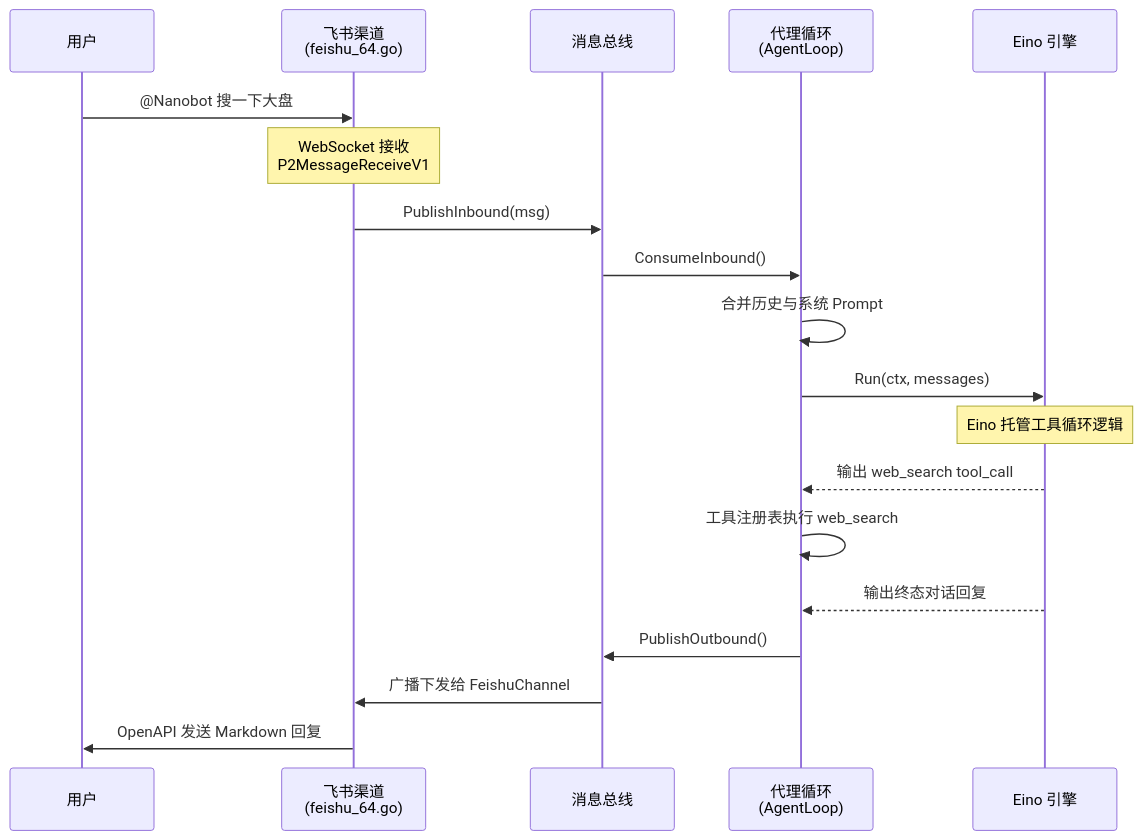
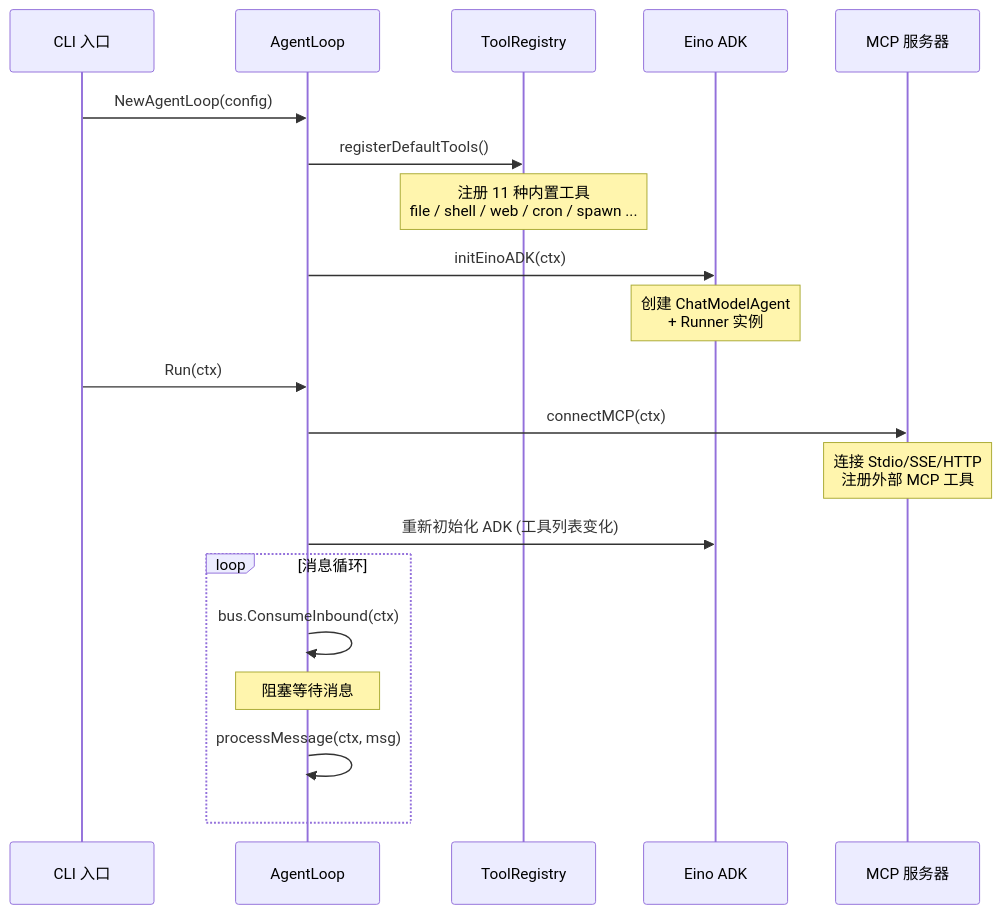
Before and after one commit to yangkun19921001/PP-Claw: the third of 12 diagrams in docs/开源轻量级_OpenClaw_Golang_解决方案，任何设备都可部署.md, drawn with Mermaid. The commit also changed other lines of this file and 41 other files, not shown here.

````diff
--- a/docs/开源轻量级_OpenClaw_Golang_解决方案，任何设备都可部署.md
+++ b/docs/开源轻量级_OpenClaw_Golang_解决方案，任何设备都可部署.md
@@ -60,26 +215,23 @@
 ```mermaid
 sequenceDiagram
-    participant U as 用户
-    participant CH as 飞书渠道<br/>(feishu_64.go)
-    participant BUS as 消息总线
-    participant AL as 代理循环<br/>(AgentLoop)
-    participant EINO as Eino 引擎
+    participant CLI as CLI 入口
+    participant AL as AgentLoop
+    participant REG as ToolRegistry
+    participant EINO as Eino ADK
+    participant MCP as MCP 服务器
 
-    U->>CH: @Nanobot 搜一下大盘
-    Note over CH: WebSocket 接收<br/>P2MessageReceiveV1
-    CH->>BUS: PublishInbound(msg)
-    
-    BUS->>AL: ConsumeInbound()
-    AL->>AL: 合并历史与系统 Prompt
-    
-    AL->>EINO: Run(ctx, messages)
-    Note over EINO: Eino 托管工具循环逻辑
-    EINO-->>AL: 输出 web_search tool_call
-    AL->>AL: 工具注册表执行 web_search
-    
-    EINO-->>AL: 输出终态对话回复
-    AL->>BUS: PublishOutbound()
-    
-    BUS->>CH: 广播下发给 FeishuChannel
-    CH->>U: OpenAPI 发送 Markdown 回复
+    CLI->>AL: NewAgentLoop(config)
+    AL->>REG: registerDefaultTools()
+    Note over REG: 注册 11 种内置工具<br/>file / shell / web / cron / spawn ...
+    AL->>EINO: initEinoADK(ctx)
+    Note over EINO: 创建 ChatModelAgent<br/>+ Runner 实例
+    CLI->>AL: Run(ctx)
+    AL->>MCP: connectMCP(ctx)
+    Note over MCP: 连接 Stdio/SSE/HTTP<br/>注册外部 MCP 工具
+    AL->>EINO: 重新初始化 ADK (工具列表变化)
+    loop 消息循环
+        AL->>AL: bus.ConsumeInbound(ctx)
+        Note over AL: 阻塞等待消息
+        AL->>AL: processMessage(ctx, msg)
+    end
 ```
````
